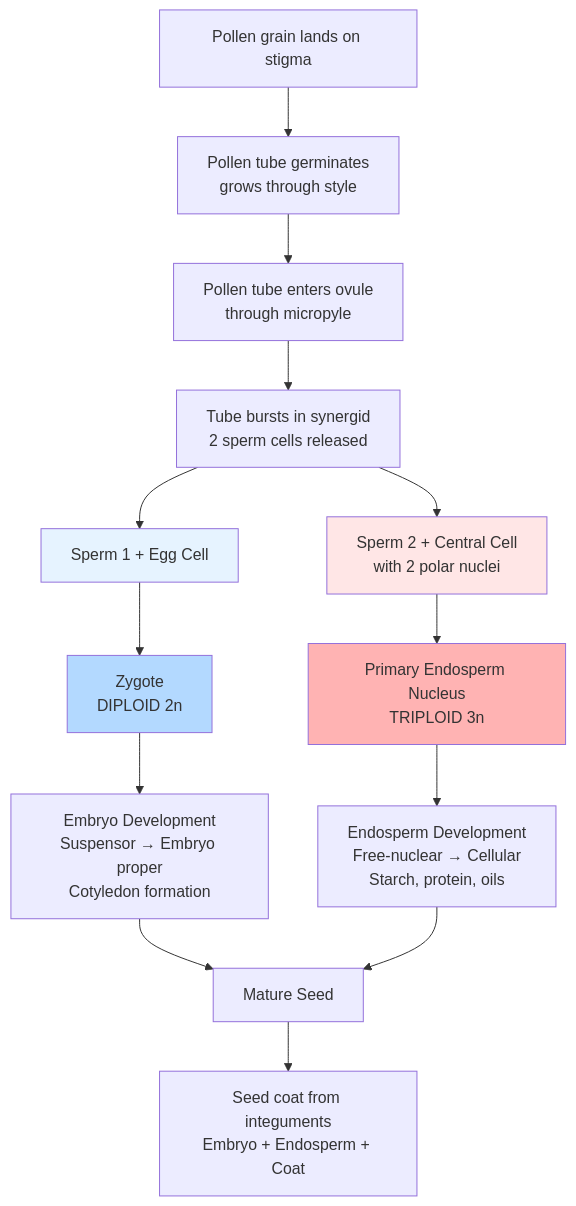
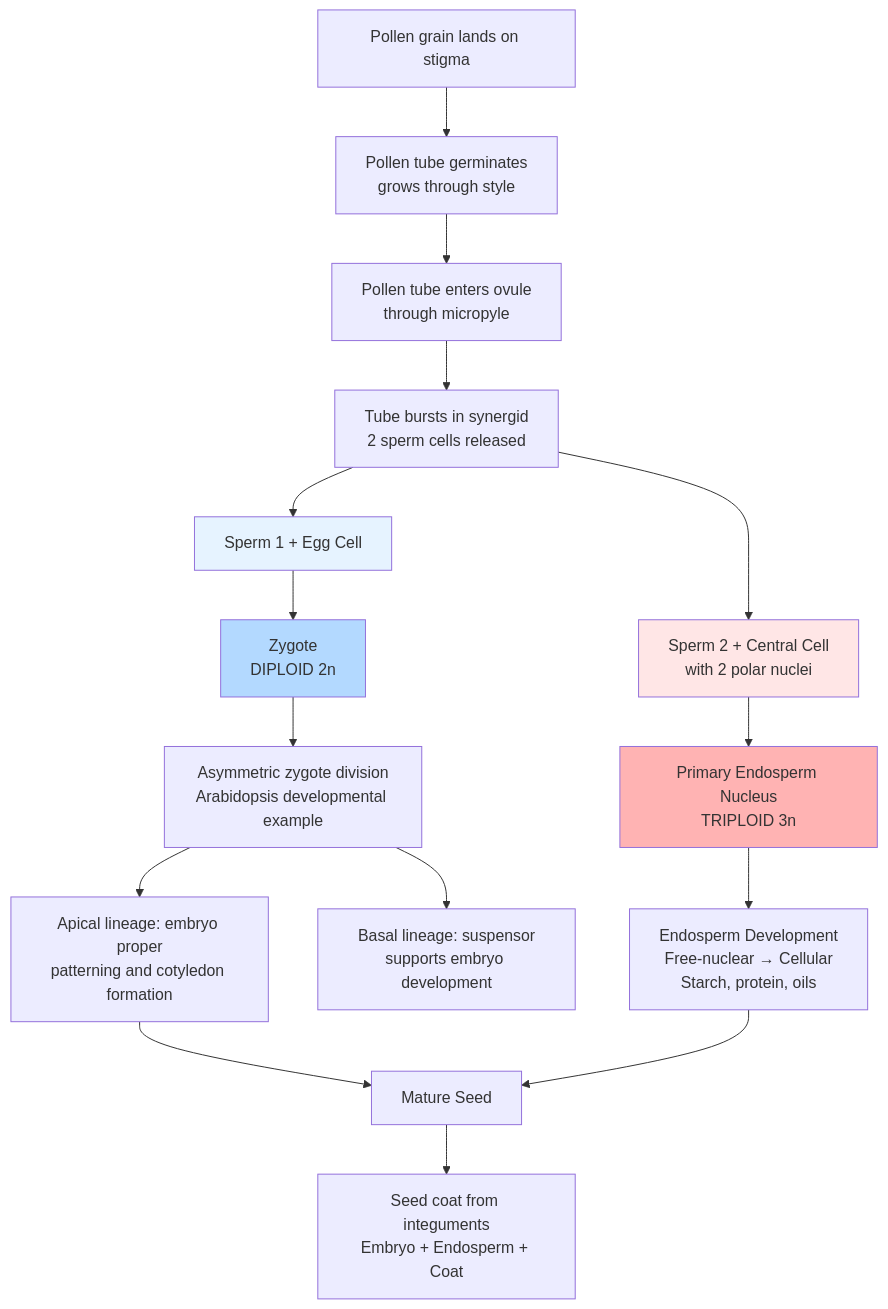
The third of 4 diagrams in docs/manuscript/unit_VIII/plant_reproduction.md (docxology/biology_textbook), drawn with Mermaid before and after one commit. The commit also changed other lines of this file and 444 other files, not shown here.

````diff
--- a/docs/manuscript/unit_VIII/plant_reproduction.md
+++ b/docs/manuscript/unit_VIII/plant_reproduction.md
@@ -385,20 +385,22 @@
 ```mermaid
 flowchart TD
     A[Pollen grain lands on stigma] --> B[Pollen tube germinates<br/>grows through style]
     B --> C[Pollen tube enters ovule<br/>through micropyle]
     C --> D[Tube bursts in synergid<br/>2 sperm cells released]
     D --> E[Sperm 1 + Egg Cell]
     D --> F[Sperm 2 + Central Cell<br/>with 2 polar nuclei]
     E --> G[Zygote<br/>DIPLOID 2n]
     F --> H[Primary Endosperm Nucleus<br/>TRIPLOID 3n]
-    G --> I[Embryo Development<br/>Suspensor → Embryo proper<br/>Cotyledon formation]
+    G --> Div["Asymmetric zygote division<br/>Arabidopsis developmental example"]
+    Div --> I["Apical lineage: embryo proper<br/>patterning and cotyledon formation"]
+    Div --> Susp["Basal lineage: suspensor<br/>supports embryo development"]
     H --> J[Endosperm Development<br/>Free-nuclear → Cellular<br/>Starch, protein, oils]
     I --> K[Mature Seed]
     J --> K
     K --> L[Seed coat from integuments<br/>Embryo + Endosperm + Coat]
 
     style E fill:#e6f3ff
     style F fill:#ffe6e6
     style G fill:#b3d9ff
     style H fill:#ffb3b3
 ```
````
